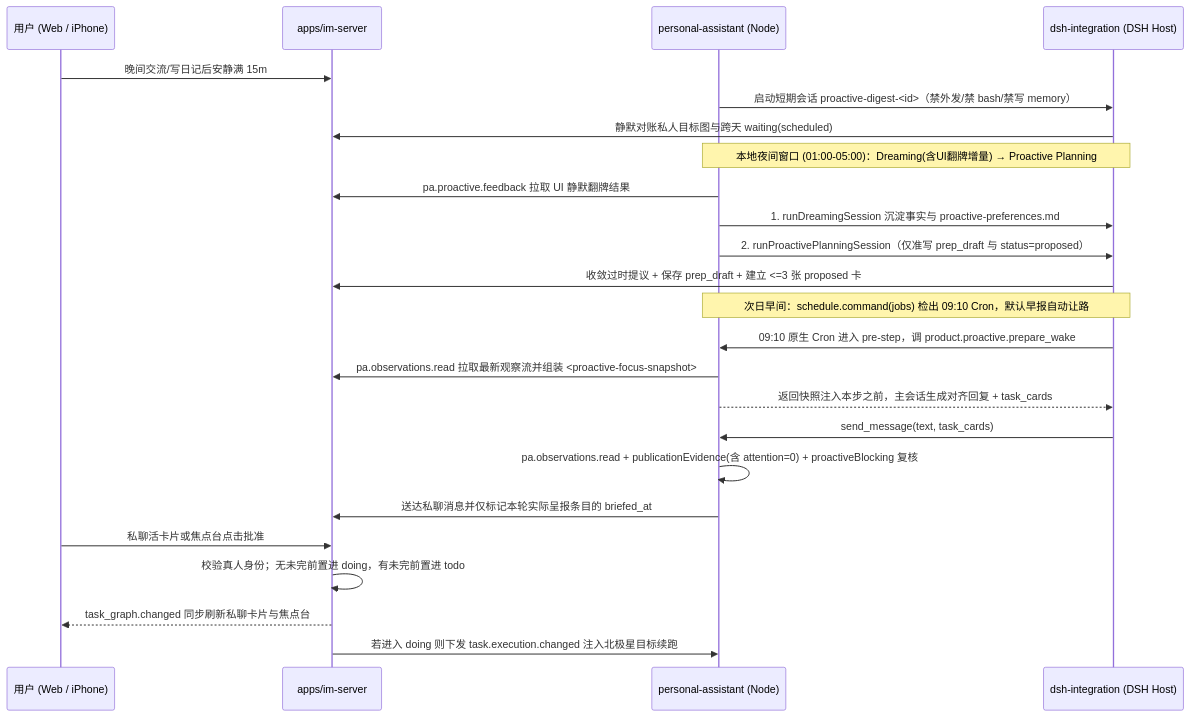
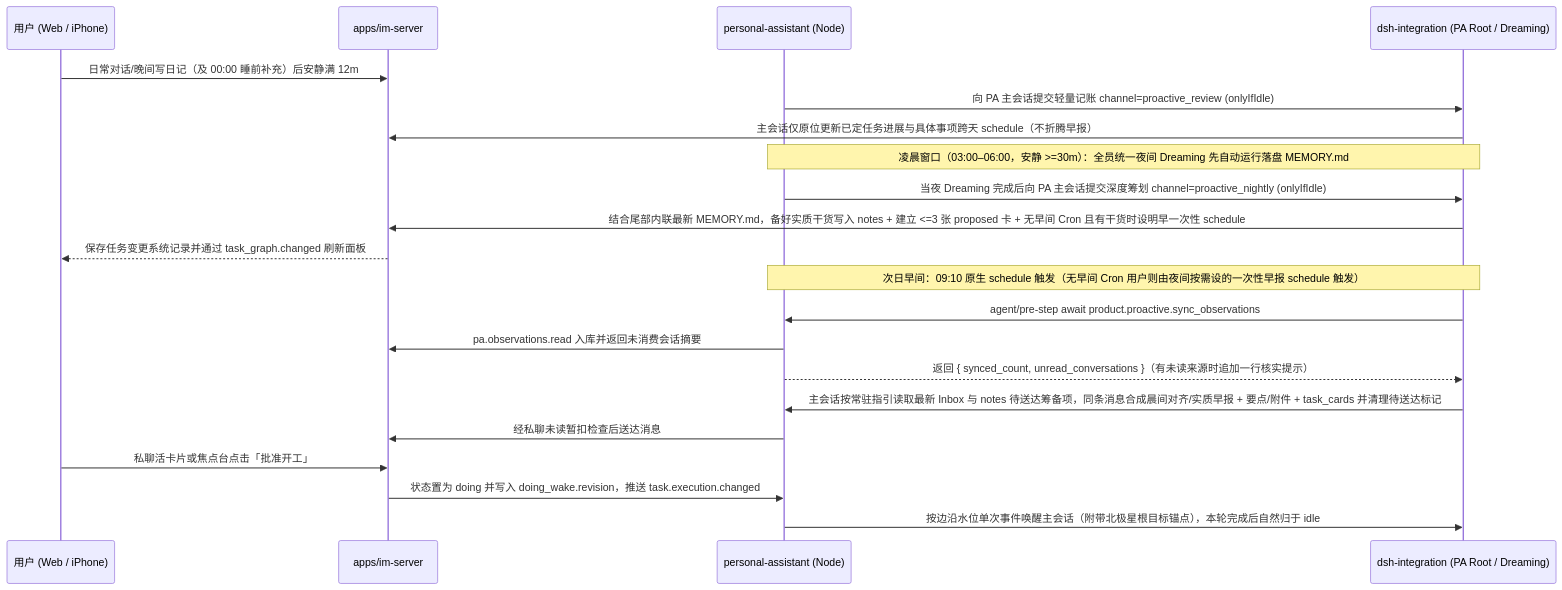
The third of 3 diagrams in docs/changes/feat-785-pa-proactivity/design.md (Mrchen116/nano-multiagent), drawn with Mermaid before and after one commit. The commit also changed other lines of this file and 10 other files, not shown here.

````diff
--- a/docs/changes/feat-785-pa-proactivity/design.md
+++ b/docs/changes/feat-785-pa-proactivity/design.md
@@ -191,30 +185,27 @@
 ```mermaid
 sequenceDiagram
   participant Owner as 用户 (Web / iPhone)
   participant IM as apps/im-server
   participant PA as personal-assistant (Node)
-  participant DSH as dsh-integration (DSH Host)
+  participant DSH as dsh-integration (PA Root / Dreaming)
 
-  Owner->>IM: 晚间交流/写日记后安静满 15m
-  PA->>DSH: 启动短期会话 proactive-digest-<id>（禁外发/禁 bash/禁写 memory）
-  DSH->>IM: 静默对账私人目标图与跨天 waiting(scheduled)
+  Owner->>IM: 日常对话/晚间写日记（及 00:00 睡前补充）后安静满 12m
+  PA->>DSH: 向 PA 主会话提交轻量记账 channel=proactive_review (onlyIfIdle)
+  DSH->>IM: 主会话仅原位更新已定任务进展与具体事项跨天 schedule（不折腾早报）
 
-  Note over PA,DSH: 本地夜间窗口 (01:00-05:00)：Dreaming(含UI翻牌增量) → Proactive Planning
-  PA->>IM: pa.proactive.feedback 拉取 UI 静默翻牌结果
-  PA->>DSH: 1. runDreamingSession 沉淀事实与 proactive-preferences.md
-  PA->>DSH: 2. runProactivePlanningSession（仅准写 prep_draft 与 status=proposed）
-  DSH->>IM: 收敛过时提议 + 保存 prep_draft + 建立 <=3 张 proposed 卡
+  Note over PA,DSH: 凌晨窗口（03:00–06:00，安静 >=30m）：全员统一夜间 Dreaming 先自动运行落盘 MEMORY.md
+  PA->>DSH: 当夜 Dreaming 完成后向 PA 主会话提交深度筹划 channel=proactive_nightly (onlyIfIdle)
+  DSH->>IM: 结合尾部内联最新 MEMORY.md，备好实质干货写入 notes + 建立 <=3 张 proposed 卡 + 无早间 Cron 且有干货时设明早一次性 schedule
+  IM-->>Owner: 保存任务变更系统记录并通过 task_graph.changed 刷新面板
 
-  Note over PA,DSH: 次日早间：schedule.command(jobs) 检出 09:10 Cron，默认早报自动让路
-  DSH->>PA: 09:10 原生 Cron 进入 pre-step，调 product.proactive.prepare_wake
-  PA->>IM: pa.observations.read 拉取最新观察流并组装 <proactive-focus-snapshot>
-  PA-->>DSH: 返回快照注入本步之前，主会话生成对齐回复 + task_cards
-  DSH->>PA: send_message(text, task_cards)
-  PA->>PA: pa.observations.read + publicationEvidence(含 attention=0) + proactiveBlocking 复核
-  PA->>IM: 送达私聊消息并仅标记本轮实际呈报条目的 briefed_at
+  Note over PA,DSH: 次日早间：09:10 原生 schedule 触发（无早间 Cron 用户则由夜间按需设的一次性早报 schedule 触发）
+  DSH->>PA: agent/pre-step await product.proactive.sync_observations
+  PA->>IM: pa.observations.read 入库并返回未消费会话摘要
+  PA-->>DSH: 返回 { synced_count, unread_conversations }（有未读来源时追加一行核实提示）
+  DSH->>PA: 主会话按常驻指引读取最新 Inbox 与 notes 待送达筹备项，同条消息合成晨间对齐/实质早报 + 要点/附件 + task_cards 并清理待送达标记
+  PA->>IM: 经私聊未读暂扣检查后送达消息
 
-  Owner->>IM: 私聊活卡片或焦点台点击批准
-  IM->>IM: 校验真人身份；无未完前置进 doing，有未完前置进 todo
-  IM-->>Owner: task_graph.changed 同步刷新私聊卡片与焦点台
-  IM->>PA: 若进入 doing 则下发 task.execution.changed 注入北极星目标续跑
+  Owner->>IM: 私聊活卡片或焦点台点击「批准开工」
+  IM->>PA: 状态置为 doing 并写入 doing_wake.revision，推送 task.execution.changed
+  PA->>DSH: 按边沿水位单次事件唤醒主会话（附带北极星根目标锚点），本轮完成后自然归于 idle
 ```
````
